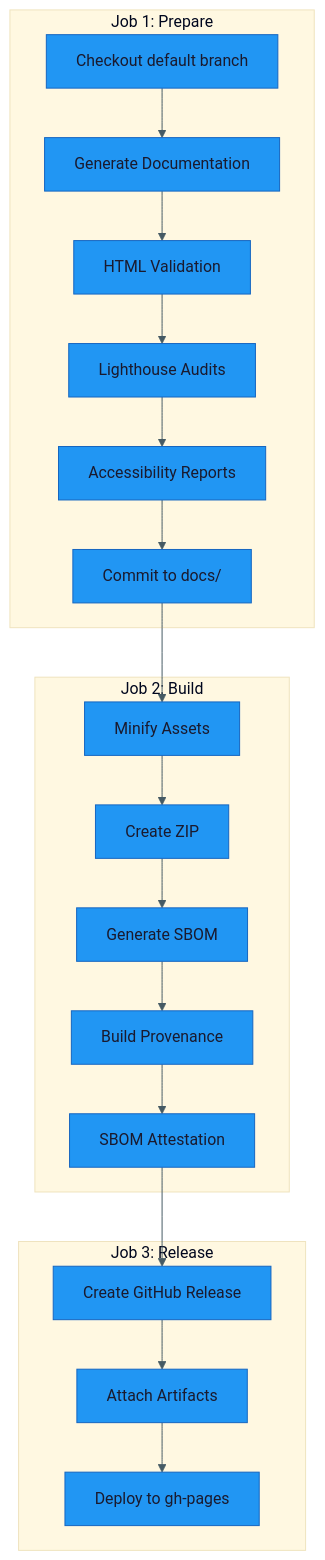
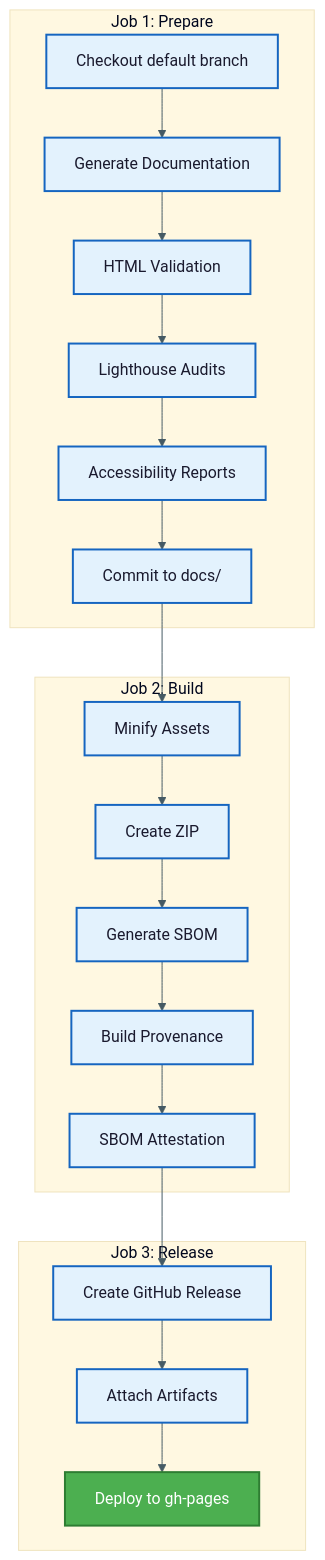
One commit to Hack23/homepage changed the eighth of 8 diagrams in WORKFLOWS.md. Above: the diagram before and after it, drawn with Mermaid. The commit also changed other lines of this file and 19 other files, not shown here.

First line of the commit message:
Add style-guide-compliant classDef styling to 44 unstyled flowcharts

````diff
--- a/WORKFLOWS.md
+++ b/WORKFLOWS.md
@@ -524,26 +580,34 @@
 ```mermaid
 %%{init: {"theme": "base", "themeVariables": {"primaryColor": "#2196F3", "primaryTextColor": "#1a1a2e", "lineColor": "#455A64", "secondaryColor": "#e8f5e9", "tertiaryColor": "#fff8e1", "primaryBorderColor": "#1565C0"}}}%%
 graph TB
     subgraph "Job 1: Prepare"
         A[Checkout default branch] --> B[Generate Documentation]
         B --> C[HTML Validation]
         C --> D[Lighthouse Audits]
         D --> E[Accessibility Reports]
         E --> F[Commit to docs/]
     end
     
     subgraph "Job 2: Build"
         G[Minify Assets] --> H[Create ZIP]
         H --> I[Generate SBOM]
         I --> J[Build Provenance]
         J --> K[SBOM Attestation]
     end
     
     subgraph "Job 3: Release"
         L[Create GitHub Release] --> M[Attach Artifacts]
         M --> N[Deploy to gh-pages]
     end
     
     F --> G
     K --> L
+
+    classDef default fill:#e3f2fd,stroke:#1565C0,stroke-width:2px,color:#1a1a2e
+    classDef primary fill:#2196F3,stroke:#1565C0,stroke-width:2px,color:#ffffff
+    classDef success fill:#4CAF50,stroke:#2E7D32,stroke-width:2px,color:#ffffff
+    classDef warning fill:#FF9800,stroke:#F57C00,stroke-width:2px,color:#ffffff
+    classDef danger fill:#D32F2F,stroke:#B71C1C,stroke-width:2px,color:#ffffff
+    classDef info fill:#455A64,stroke:#263238,stroke-width:2px,color:#ffffff
+    class N success
 ```
````
